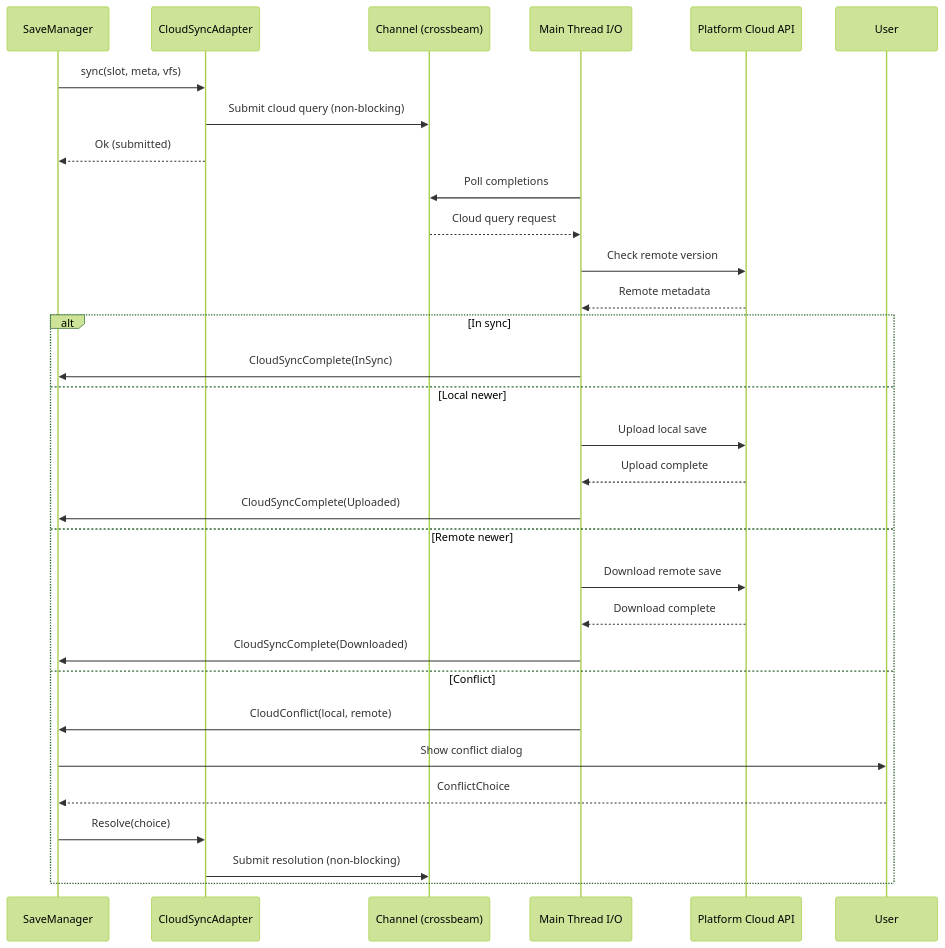
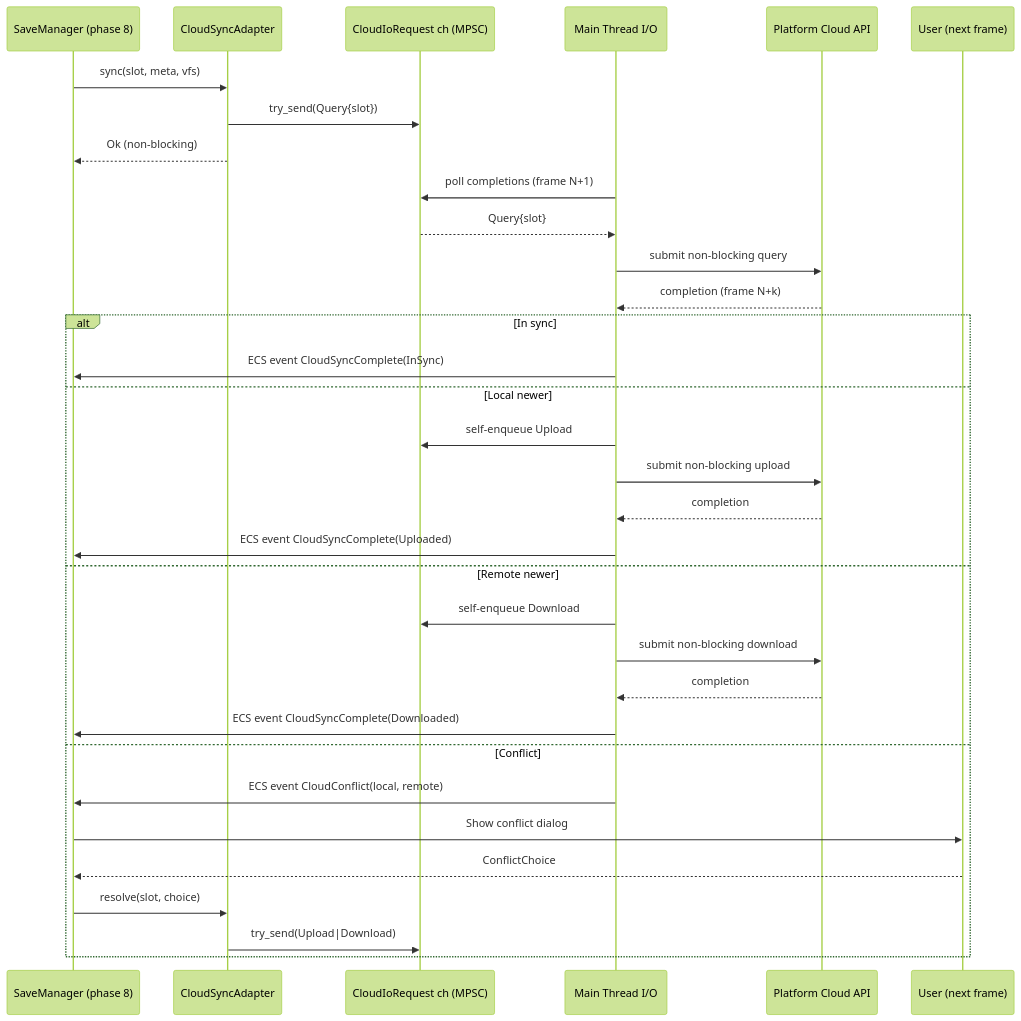
One commit to harmonius-dev/harmonius changed the third of 4 diagrams in docs/design/integration/networking-save-system.md. Above: the diagram before and after it, drawn with Mermaid (forest theme). The commit also changed other lines of this file and 109 other files, not shown here.

````diff
--- a/docs/design/integration/networking-save-system.md
+++ b/docs/design/integration/networking-save-system.md
@@ -164,36 +477,38 @@
 ```mermaid
 sequenceDiagram
-    participant SM as SaveManager
+    participant SM as SaveManager (phase 8)
     participant CS as CloudSyncAdapter
-    participant CH as Channel (crossbeam)
+    participant CH as CloudIoRequest ch (MPSC)
     participant MT as Main Thread I/O
     participant API as Platform Cloud API
-    participant UI as User
+    participant UI as User (next frame)
 
     SM->>CS: sync(slot, meta, vfs)
-    CS->>CH: Submit cloud query (non-blocking)
-    CS-->>SM: Ok (submitted)
+    CS->>CH: try_send(Query{slot})
+    CS-->>SM: Ok (non-blocking)
 
-    MT->>CH: Poll completions
-    CH-->>MT: Cloud query request
-    MT->>API: Check remote version
-    API-->>MT: Remote metadata
+    MT->>CH: poll completions (frame N+1)
+    CH-->>MT: Query{slot}
+    MT->>API: submit non-blocking query
+    API-->>MT: completion (frame N+k)
 
     alt In sync
-        MT->>SM: CloudSyncComplete(InSync)
+        MT->>SM: ECS event CloudSyncComplete(InSync)
     else Local newer
-        MT->>API: Upload local save
-        API-->>MT: Upload complete
-        MT->>SM: CloudSyncComplete(Uploaded)
+        MT->>CH: self-enqueue Upload
+        MT->>API: submit non-blocking upload
+        API-->>MT: completion
+        MT->>SM: ECS event CloudSyncComplete(Uploaded)
     else Remote newer
-        MT->>API: Download remote save
-        API-->>MT: Download complete
-        MT->>SM: CloudSyncComplete(Downloaded)
+        MT->>CH: self-enqueue Download
+        MT->>API: submit non-blocking download
+        API-->>MT: completion
+        MT->>SM: ECS event CloudSyncComplete(Downloaded)
     else Conflict
-        MT->>SM: CloudConflict(local, remote)
+        MT->>SM: ECS event CloudConflict(local, remote)
         SM->>UI: Show conflict dialog
         UI-->>SM: ConflictChoice
-        SM->>CS: Resolve(choice)
-        CS->>CH: Submit resolution (non-blocking)
+        SM->>CS: resolve(slot, choice)
+        CS->>CH: try_send(Upload|Download)
     end
 ```
````
